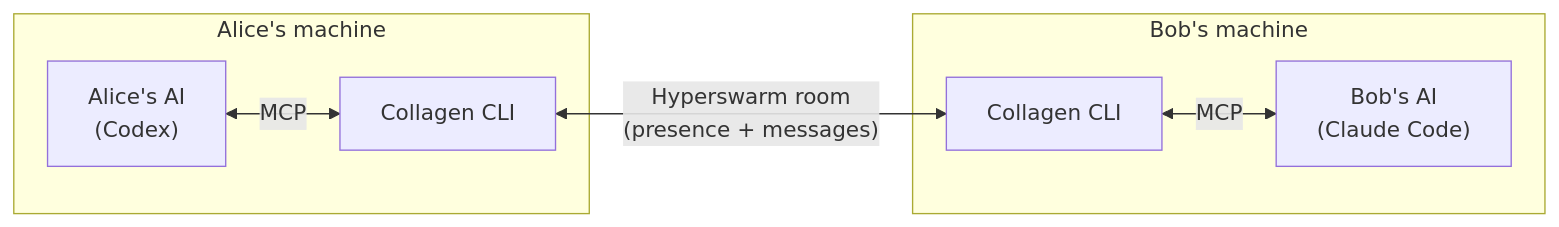
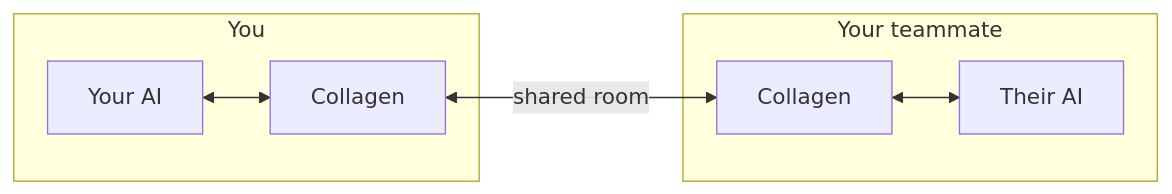
One commit to JuicyBenjamin/collagen changed the diagram in apps/docs/guide/overview.md. Above: the diagram before and after it, drawn with Mermaid. The commit also changed other lines of this file and 9 other files, not shown here.

````diff
--- a/apps/docs/guide/overview.md
+++ b/apps/docs/guide/overview.md
@@ -30,10 +35,10 @@
 ```mermaid
 flowchart LR
-  subgraph A["Alice's machine"]
-    AA["Alice's AI\n(Codex)"] <-->|MCP| AC["Collagen CLI"]
+  subgraph you["You"]
+    YA["Your AI"] <--> YC["Collagen"]
   end
-  subgraph B["Bob's machine"]
-    BC["Collagen CLI"] <-->|MCP| BA["Bob's AI\n(Claude Code)"]
+  subgraph them["Your teammate"]
+    TC["Collagen"] <--> TA["Their AI"]
   end
-  AC <-->|"Hyperswarm room\n(presence + messages)"| BC
+  YC <-->|"shared room"| TC
 ```
````
